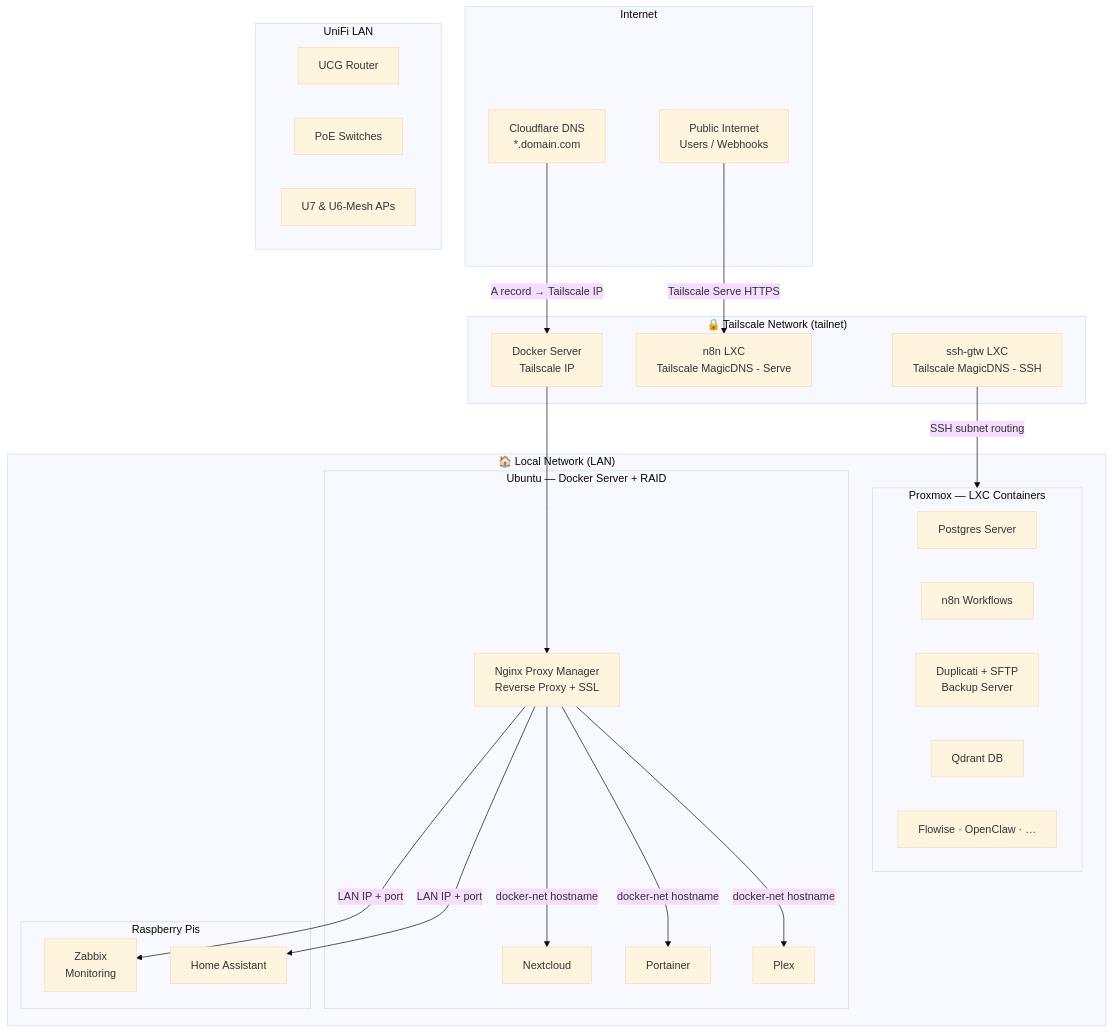
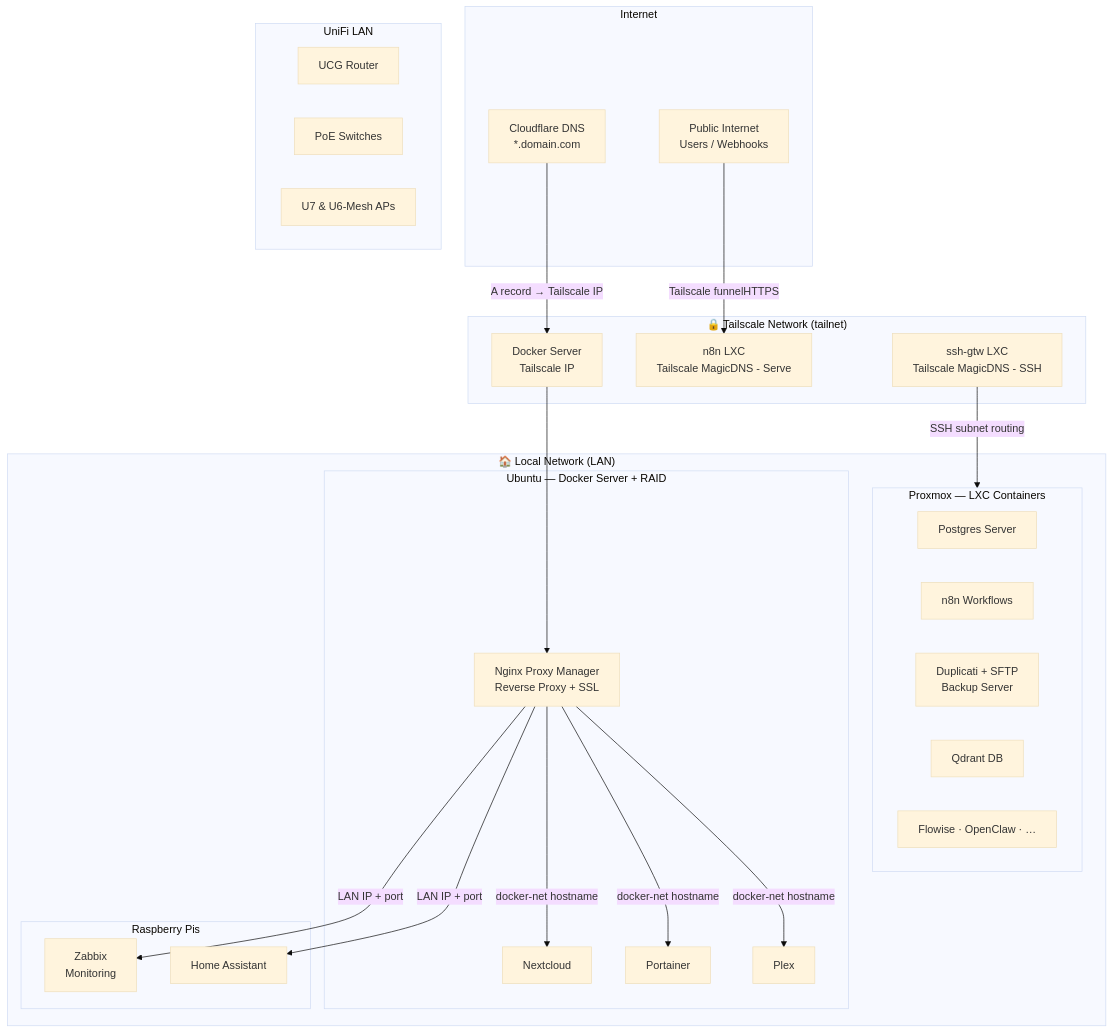
The first of 4 diagrams in README.md (jcmarinn/home-lab), drawn with Mermaid (base theme) before and after one commit. The commit also changed other lines of this file, not shown here.

Commit message:
Changed tailscal server for funnel

````diff
--- a/README.md
+++ b/README.md
@@ -80,47 +80,47 @@
 ```mermaid
 graph TD
     subgraph Internet
         CF[Cloudflare DNS<br/>*.domain.com]
         PUB[Public Internet<br/>Users / Webhooks]
     end
     subgraph Network ["UniFi LAN"]
         UCG[UCG Router]
         SW[PoE Switches]
         AP[U7 & U6-Mesh APs]
     end
     subgraph Tailscale Network ["🔒 Tailscale Network (tailnet)"]
         TS_DOCKER[Docker Server<br/>Tailscale IP]
         TS_N8N[n8n LXC<br/>Tailscale MagicDNS - Serve]
         TS_MDNS[ssh-gtw LXC<br/>Tailscale MagicDNS - SSH]
     end
 
     subgraph LAN ["🏠 Local Network (LAN)"]
         subgraph Proxmox ["Proxmox — LXC Containers"]
             PG[Postgres Server]
             N8N[n8n Workflows]
             DUP[Duplicati + SFTP<br/>Backup Server]
             QDRANT[Qdrant DB]
             TESTING[Flowise · OpenClaw · …]
         end
         subgraph DockerSrv ["Ubuntu — Docker Server + RAID"]
             NPM[Nginx Proxy Manager<br/>Reverse Proxy + SSL]
             NEXTCLOUD[Nextcloud]
             PORTAINER[Portainer]
             PLEX[Plex]
         end
         subgraph RPis ["Raspberry Pis"]
             ZABBIX[Zabbix<br/>Monitoring]
             HA[Home Assistant]
         end
     end
 
     CF -->|A record → Tailscale IP| TS_DOCKER
-    PUB -->|Tailscale Serve HTTPS| TS_N8N
+    PUB -->|Tailscale funnelHTTPS| TS_N8N
     TS_DOCKER --> NPM
     NPM -->|docker-net hostname| NEXTCLOUD
     NPM -->|docker-net hostname| PORTAINER
     NPM -->|docker-net hostname| PLEX
     NPM -->|LAN IP + port| HA
     NPM -->|LAN IP + port| ZABBIX
     TS_MDNS -->|SSH subnet routing| Proxmox
 ```
````
